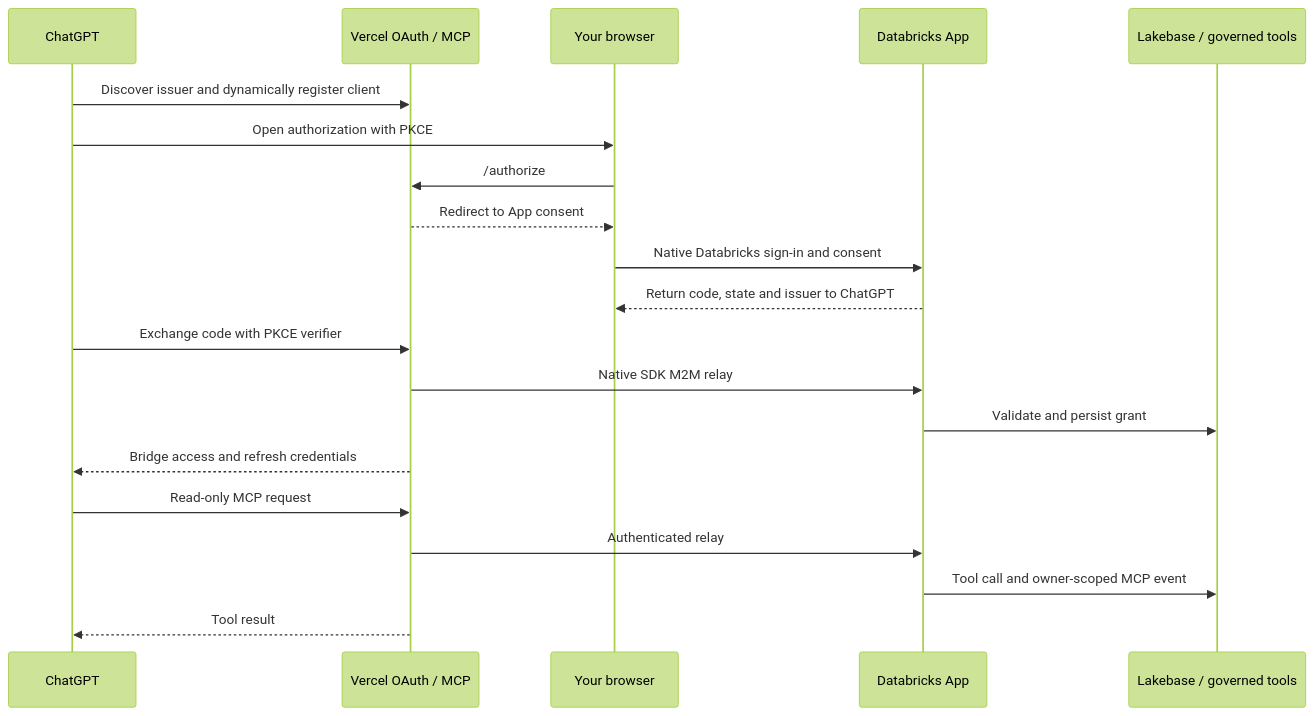
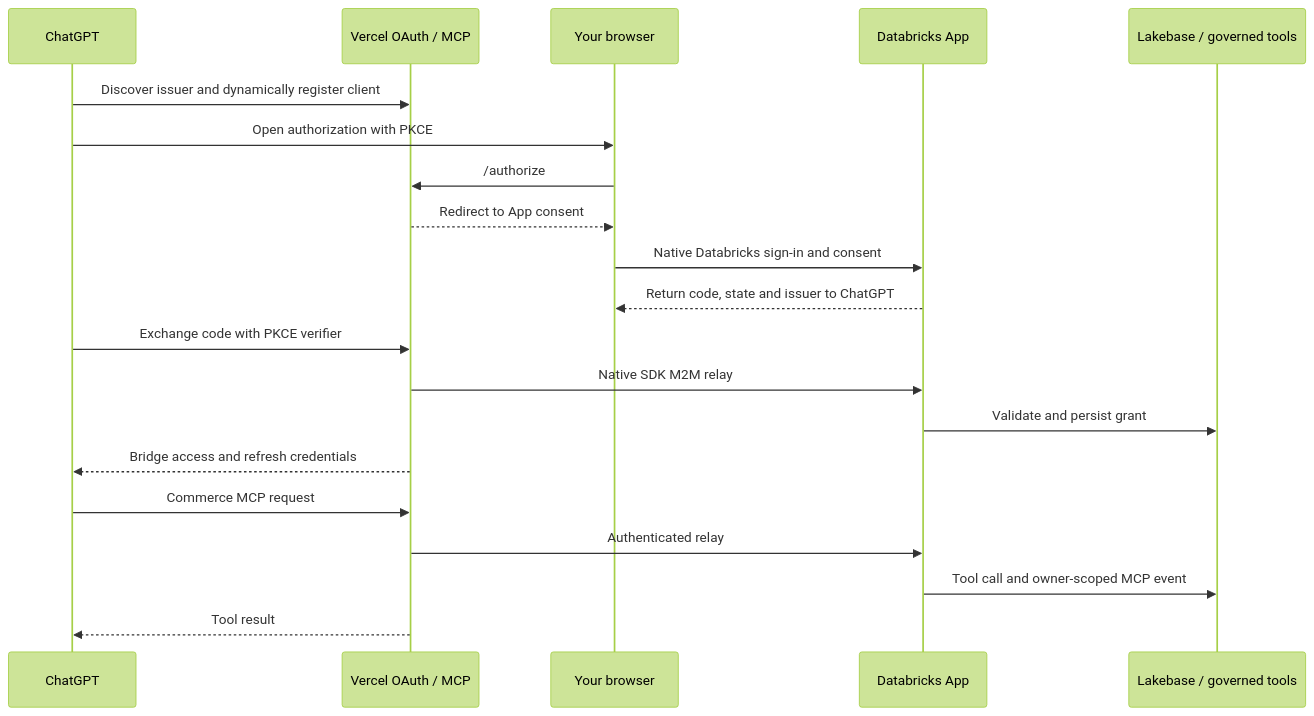
One commit to laurentfabre/shopibricks changed the diagram in docs/VERCEL_BRIDGE.md. Above: the diagram before and after it, drawn with Mermaid (forest theme). The commit also changed other lines of this file and 43 other files, not shown here.

````diff
--- a/docs/VERCEL_BRIDGE.md
+++ b/docs/VERCEL_BRIDGE.md
@@ -24,22 +24,22 @@
 ```mermaid
 sequenceDiagram
     participant C as ChatGPT
     participant V as Vercel OAuth / MCP
     participant B as Your browser
     participant A as Databricks App
     participant L as Lakebase / governed tools
     C->>V: Discover issuer and dynamically register client
     C->>B: Open authorization with PKCE
     B->>V: /authorize
     V-->>B: Redirect to App consent
     B->>A: Native Databricks sign-in and consent
     A-->>B: Return code, state and issuer to ChatGPT
     C->>V: Exchange code with PKCE verifier
     V->>A: Native SDK M2M relay
     A->>L: Validate and persist grant
     V-->>C: Bridge access and refresh credentials
-    C->>V: Read-only MCP request
+    C->>V: Commerce MCP request
     V->>A: Authenticated relay
     A->>L: Tool call and owner-scoped MCP event
     V-->>C: Tool result
 ```
````
